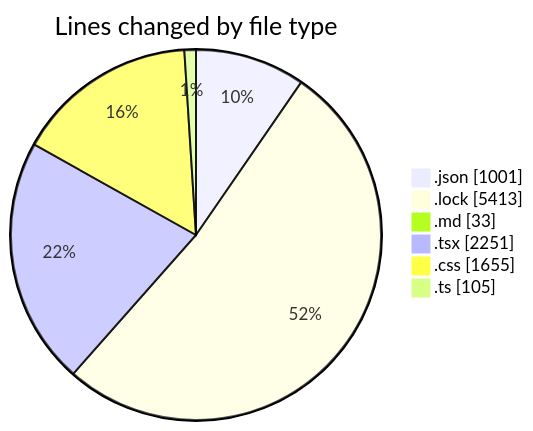
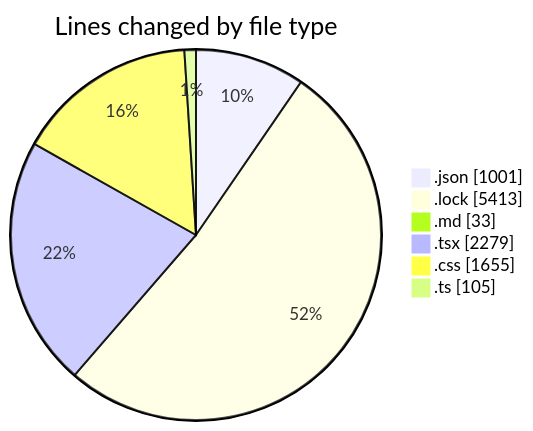
One commit to EIIisD/code-tracking changed the first of 2 diagrams in 2025-08-11/ribbon/README.md. Above: the diagram before and after it, drawn with Mermaid. The commit also changed other lines of this file and 1 other file, not shown here.

````diff
--- a/2025-08-11/ribbon/README.md
+++ b/2025-08-11/ribbon/README.md
@@ -44,10 +44,10 @@
 ```mermaid
 pie showData
 title Lines changed by file type
 ".json" : 1001
 ".lock" : 5413
 ".md" : 33
-".tsx" : 2251
+".tsx" : 2279
 ".css" : 1655
 ".ts" : 105
 ```
````
